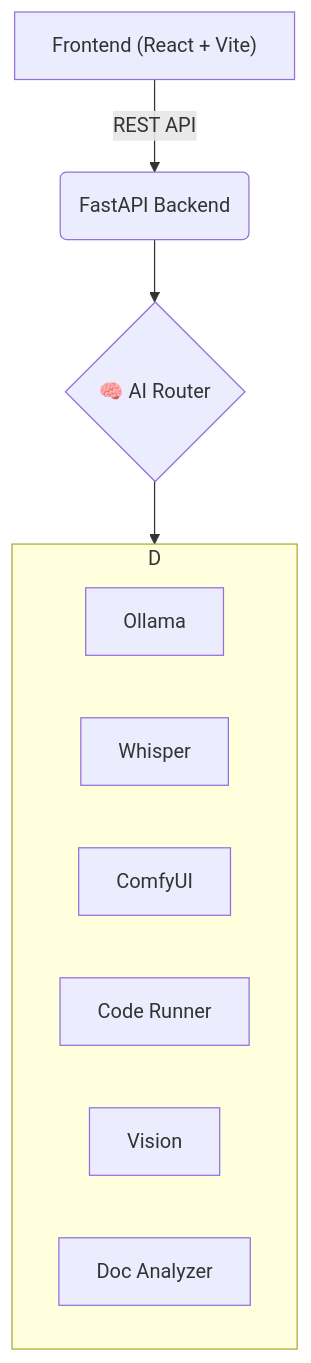
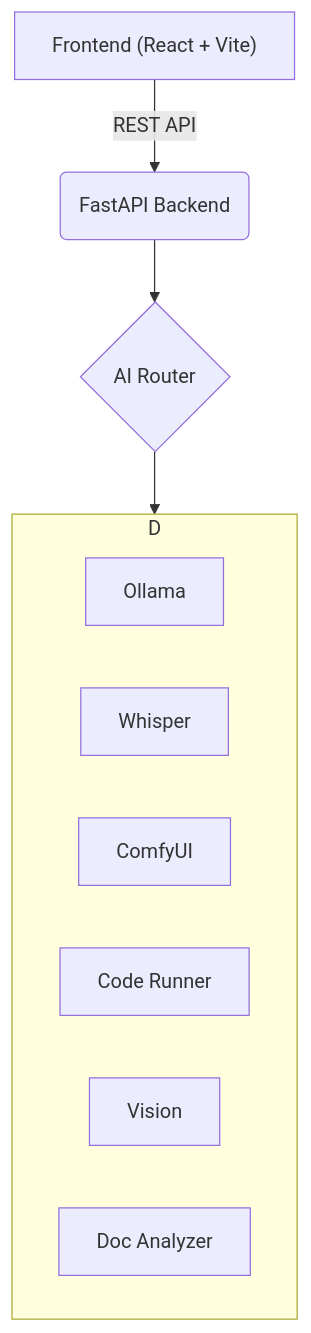
Before and after one commit to NemesisWaVe/Cerebra-AI: the diagram in README.md, drawn with Mermaid. The commit also changed other lines of this file, not shown here.

````diff
--- a/README.md
+++ b/README.md
@@ -34,15 +34,15 @@
 ```mermaid
 graph TD
     A["Frontend (React + Vite)"] -->|REST API| B(FastAPI Backend);
-    B --> C{"🧠 AI Router"};
+    B --> C{"AI Router"};
     C --> D[Plugins & Services];
     subgraph D
         direction LR
         D1[Ollama];
         D2[Whisper];
         D3[ComfyUI];
         D4[Code Runner];
         D5[Vision];
         D6[Doc Analyzer];
     end
 ```
````
